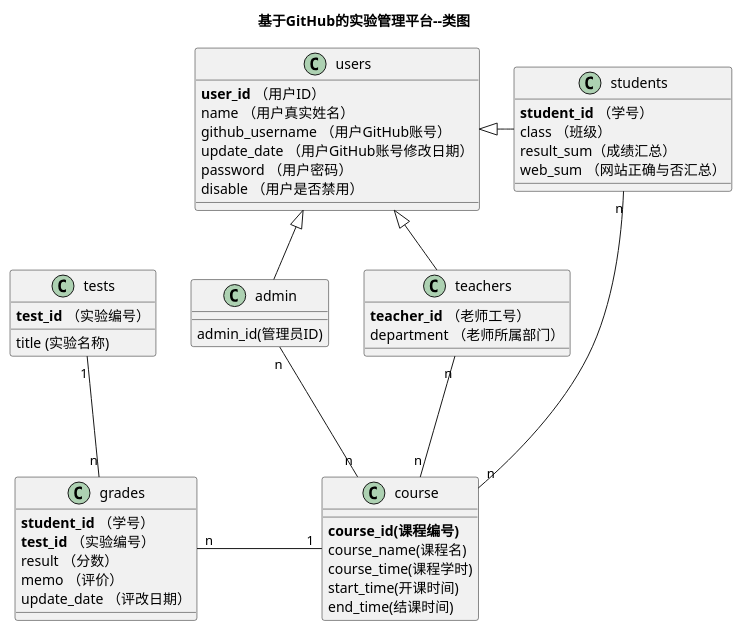
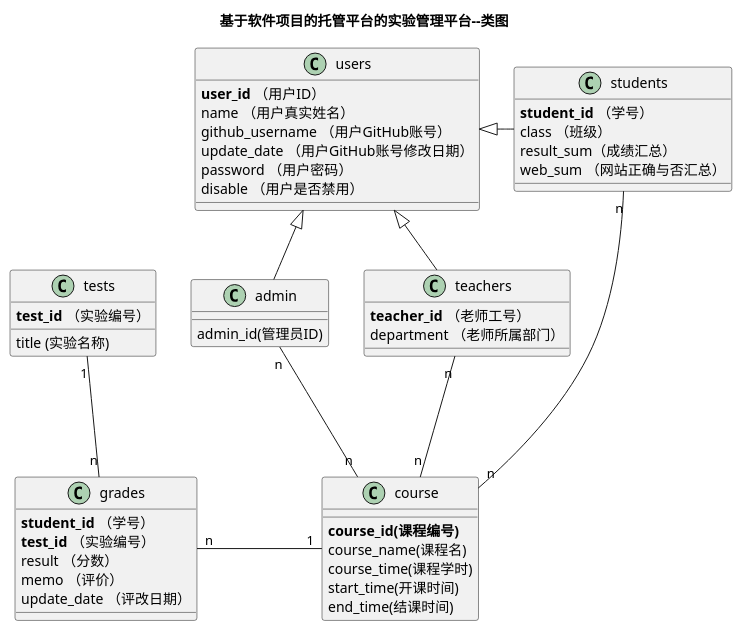
Before and after one commit to WwhKiller/is_analysis: the diagram in test6/src/class.puml, drawn with PlantUML. The commit also changed 16 other files, not shown here.

```diff
--- a/test6/src/class.puml
+++ b/test6/src/class.puml
@@ -1,55 +1,55 @@
 @startuml
-title 基于GitHub的实验管理平台--类图
+title 基于软件项目的托管平台的实验管理平台--类图
 class users {
     <b>user_id</b> （用户ID）
     name （用户真实姓名）
     github_username （用户GitHub账号）
     update_date （用户GitHub账号修改日期）
     password （用户密码）
     disable （用户是否禁用）
 }
 class teachers{
     <b>teacher_id</b> （老师工号）
     department （老师所属部门）
 }
 class students{
     <b>student_id</b> （学号）
     class （班级）
     result_sum（成绩汇总）
     web_sum （网站正确与否汇总）
 }
 class admin{
     admin_id(管理员ID)
 }
 users <|-- admin
 users <|- students
 users <|-- teachers
 class grades {
     <b>student_id</b> （学号）
     <b>test_id</b> （实验编号）
     result （分数）
     memo （评价）
     update_date （评改日期）
 }
 
 class tests {
     <b>test_id</b> （实验编号）
     title (实验名称)
 }
 class course{
     <b>course_id(课程编号)</b>
     course_name(课程名)
     course_time(课程学时)
     start_time(开课时间)
     end_time(结课时间)
 
 
 }
 admin "n" --- "n"  course
 teachers "n" --- "n"  course
 students "n" --- "n"  course
 course "1" --left- "n" grades
 tests "1" --- "n"  grades
 
 
 @enduml
```
